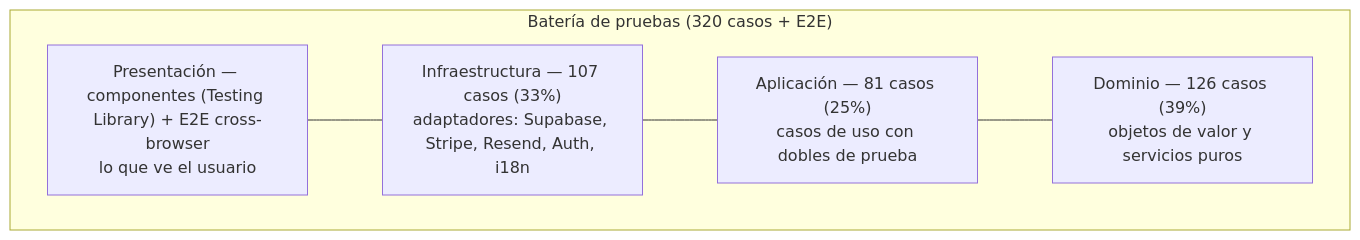
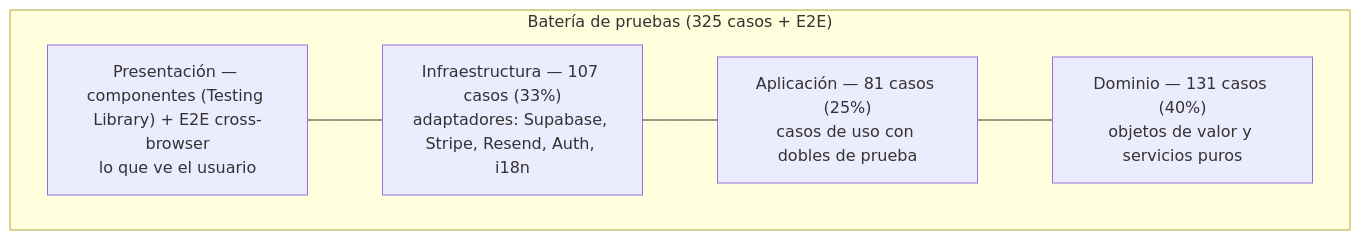
The diagram in docs/memoria/06-pruebas-calidad.md (Ogires/reservas-chanantes), drawn with Mermaid before and after one commit. The commit also changed other lines of this file and 10 other files, not shown here.

````diff
--- a/docs/memoria/06-pruebas-calidad.md
+++ b/docs/memoria/06-pruebas-calidad.md
@@ -30,10 +30,10 @@
 ```mermaid
 flowchart TB
-    subgraph Pyramid["Batería de pruebas (320 casos + E2E)"]
+    subgraph Pyramid["Batería de pruebas (325 casos + E2E)"]
         E["Presentación — componentes (Testing Library) + E2E cross-browser<br/>lo que ve el usuario"]
         I["Infraestructura — 107 casos (33%)<br/>adaptadores: Supabase, Stripe, Resend, Auth, i18n"]
         A["Aplicación — 81 casos (25%)<br/>casos de uso con dobles de prueba"]
-        D["Dominio — 126 casos (39%)<br/>objetos de valor y servicios puros"]
+        D["Dominio — 131 casos (40%)<br/>objetos de valor y servicios puros"]
     end
     E --- I --- A --- D
 ```
````
